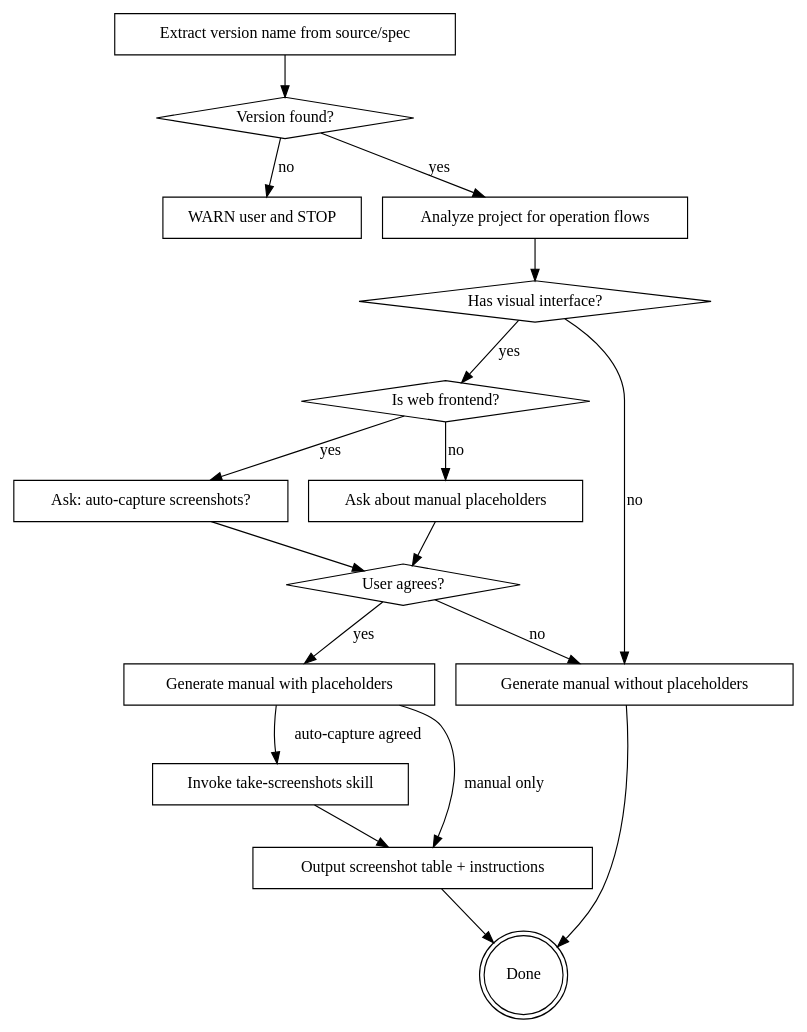
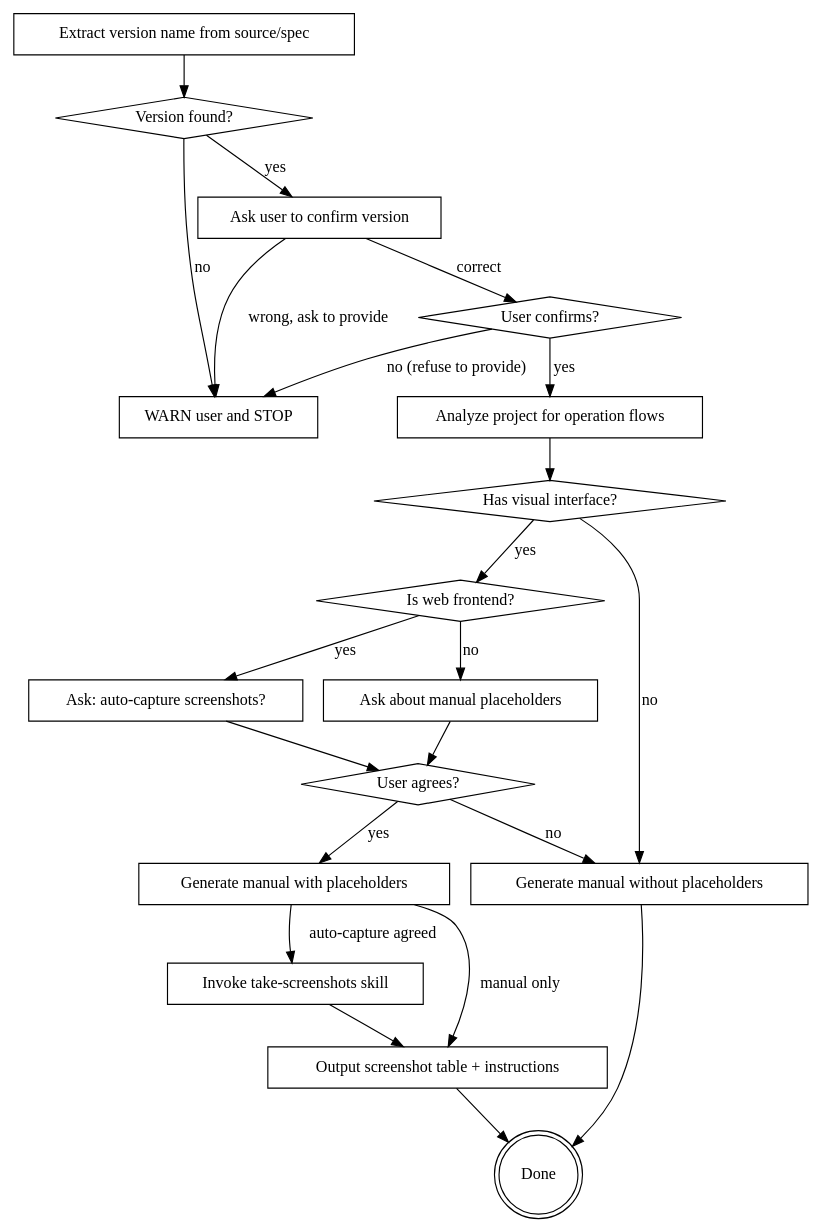
The second of 3 diagrams in skills/writing-user-manual/SKILL.md (wisquest/yanzhi-user-manual-generator), drawn with Graphviz before and after one commit. The commit also changed other lines of this file and 3 other files, not shown here.

First line of the commit message:
docs: fix sidebar collapse expand button visibility, add version confirmation for writing-user-manual

````diff
--- a/skills/writing-user-manual/SKILL.md
+++ b/skills/writing-user-manual/SKILL.md
@@ -39,36 +39,42 @@
 ```dot
 digraph generate_flow {
   "Extract version name from source/spec" [shape=box];
   "Version found?" [shape=diamond];
   "WARN user and STOP" [shape=box];
+  "Ask user to confirm version" [shape=box];
+  "User confirms?" [shape=diamond];
   "Analyze project for operation flows" [shape=box];
   "Has visual interface?" [shape=diamond];
   "Is web frontend?" [shape=diamond];
   "Ask: auto-capture screenshots?" [shape=box];
   "Ask about manual placeholders" [shape=box];
   "User agrees?" [shape=diamond];
   "Generate manual with placeholders" [shape=box];
   "Generate manual without placeholders" [shape=box];
   "Invoke take-screenshots skill" [shape=box];
   "Output screenshot table + instructions" [shape=box];
   "Done" [shape=doublecircle];
 
   "Extract version name from source/spec" -> "Version found?";
   "Version found?" -> "WARN user and STOP" [label="no"];
-  "Version found?" -> "Analyze project for operation flows" [label="yes"];
+  "Version found?" -> "Ask user to confirm version" [label="yes"];
+  "Ask user to confirm version" -> "User confirms?" [label="correct"];
+  "Ask user to confirm version" -> "WARN user and STOP" [label="wrong, ask to provide"];
+  "User confirms?" -> "Analyze project for operation flows" [label="yes"];
+  "User confirms?" -> "WARN user and STOP" [label="no (refuse to provide)"];
   "Analyze project for operation flows" -> "Has visual interface?";
   "Has visual interface?" -> "Is web frontend?" [label="yes"];
   "Has visual interface?" -> "Generate manual without placeholders" [label="no"];
   "Is web frontend?" -> "Ask: auto-capture screenshots?" [label="yes"];
   "Is web frontend?" -> "Ask about manual placeholders" [label="no"];
   "Ask: auto-capture screenshots?" -> "User agrees?";
   "Ask about manual placeholders" -> "User agrees?";
   "User agrees?" -> "Generate manual with placeholders" [label="yes"];
   "User agrees?" -> "Generate manual without placeholders" [label="no"];
   "Generate manual with placeholders" -> "Invoke take-screenshots skill" [label="auto-capture agreed"];
   "Generate manual with placeholders" -> "Output screenshot table + instructions" [label="manual only"];
   "Generate manual without placeholders" -> "Done";
   "Invoke take-screenshots skill" -> "Output screenshot table + instructions";
   "Output screenshot table + instructions" -> "Done";
 }
 ```
````
